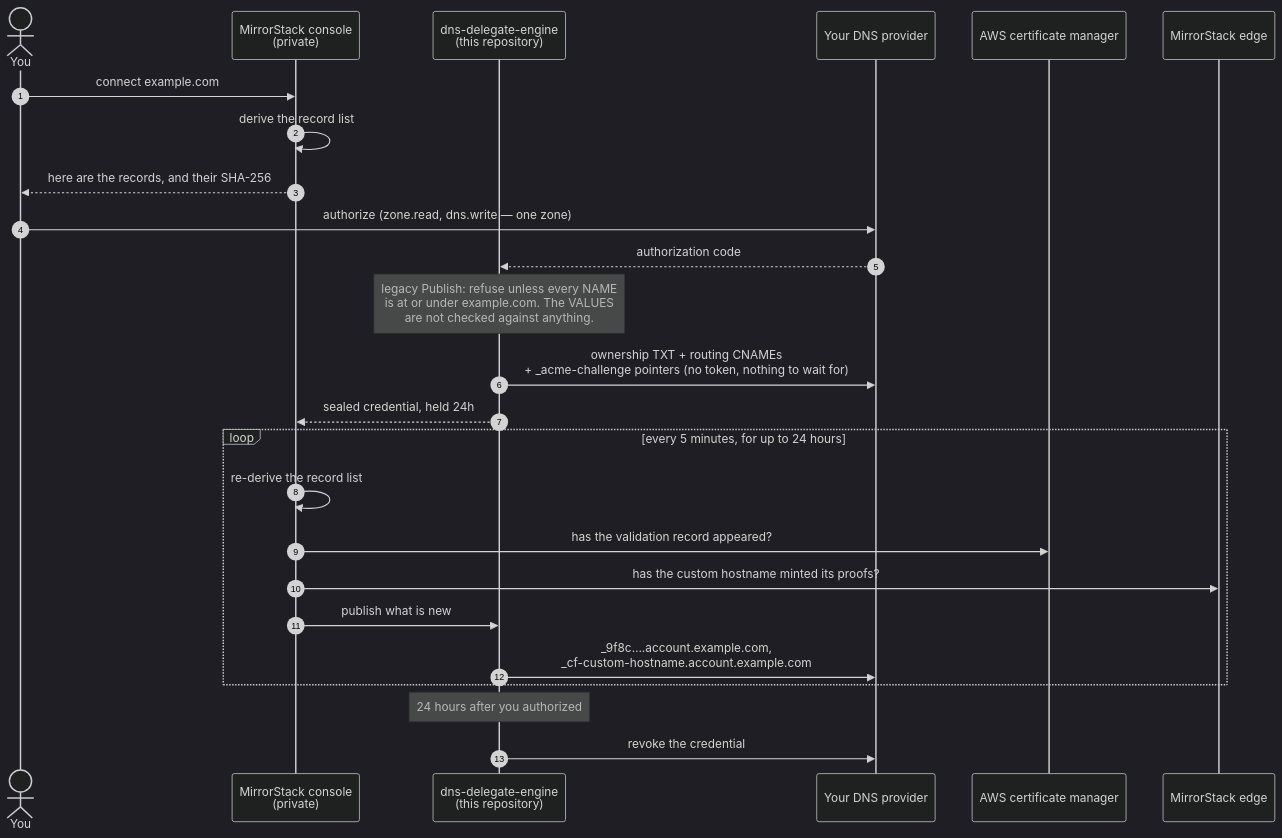
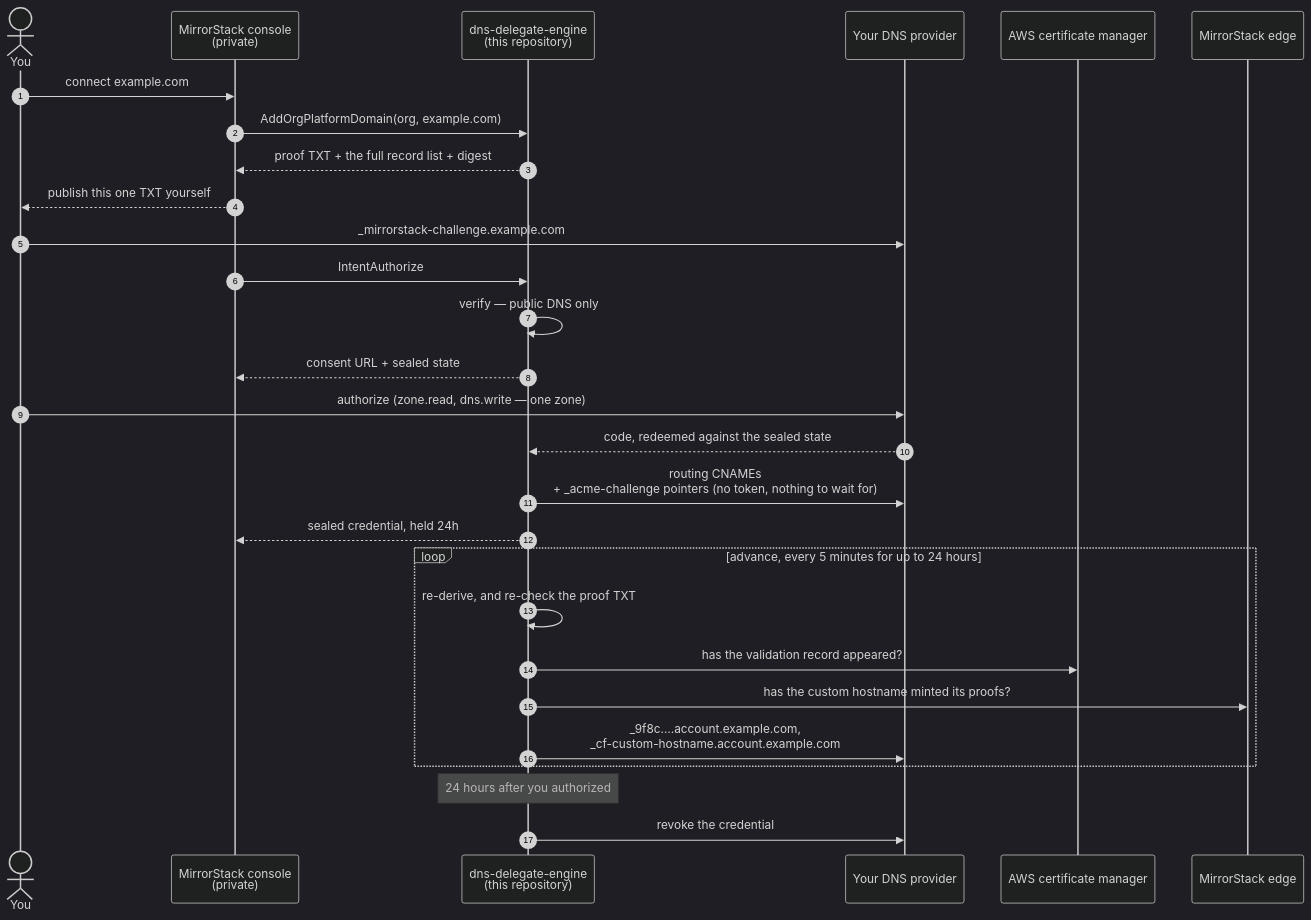
The first of 4 diagrams in README.md (mirrorstack-ai/dns-delegate-engine), drawn with Mermaid (dark theme) before and after one commit. The commit also changed other lines of this file and 15 other files, not shown here.

First line of the commit message:
chore: delete the record-list surface

````diff
--- a/README.md
+++ b/README.md
@@ -250,32 +221,35 @@
 ```mermaid
 sequenceDiagram
     autonumber
     actor You
     participant Console as MirrorStack console<br/>(private)
     participant Engine as dns-delegate-engine<br/>(this repository)
     participant CF as Your DNS provider
     participant ACM as AWS certificate manager
     participant Edge as MirrorStack edge
 
     You->>Console: connect example.com
-    Console->>Console: derive the record list
-    Console-->>You: here are the records, and their SHA-256
+    Console->>Engine: AddOrgPlatformDomain(org, example.com)
+    Engine-->>Console: proof TXT + the full record list + digest
+    Console-->>You: publish this one TXT yourself
+
+    You->>CF: _mirrorstack-challenge.example.com
+    Console->>Engine: IntentAuthorize
+    Engine->>Engine: verify — public DNS only
+    Engine-->>Console: consent URL + sealed state
 
     You->>CF: authorize (zone.read, dns.write — one zone)
-    CF-->>Engine: authorization code
-
-    Note over Engine: legacy Publish: refuse unless every NAME<br/>is at or under example.com. The VALUES<br/>are not checked against anything.
-    Engine->>CF: ownership TXT + routing CNAMEs<br/>+ _acme-challenge pointers (no token, nothing to wait for)
+    CF-->>Engine: code, redeemed against the sealed state
+    Engine->>CF: routing CNAMEs<br/>+ _acme-challenge pointers (no token, nothing to wait for)
     Engine-->>Console: sealed credential, held 24h
 
-    loop every 5 minutes, for up to 24 hours
-        Console->>Console: re-derive the record list
-        Console->>ACM: has the validation record appeared?
-        Console->>Edge: has the custom hostname minted its proofs?
-        Console->>Engine: publish what is new
+    loop advance, every 5 minutes for up to 24 hours
+        Engine->>Engine: re-derive, and re-check the proof TXT
+        Engine->>ACM: has the validation record appeared?
+        Engine->>Edge: has the custom hostname minted its proofs?
         Engine->>CF: _9f8c….account.example.com,<br/>_cf-custom-hostname.account.example.com
     end
 
     Note over Engine: 24 hours after you authorized
     Engine->>CF: revoke the credential
 ```
````
